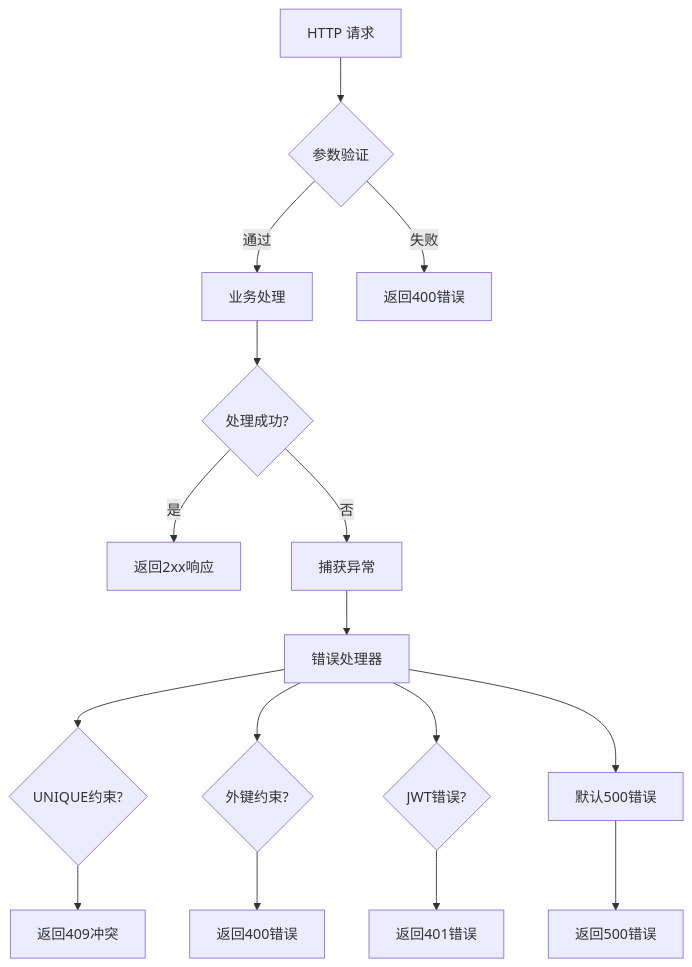
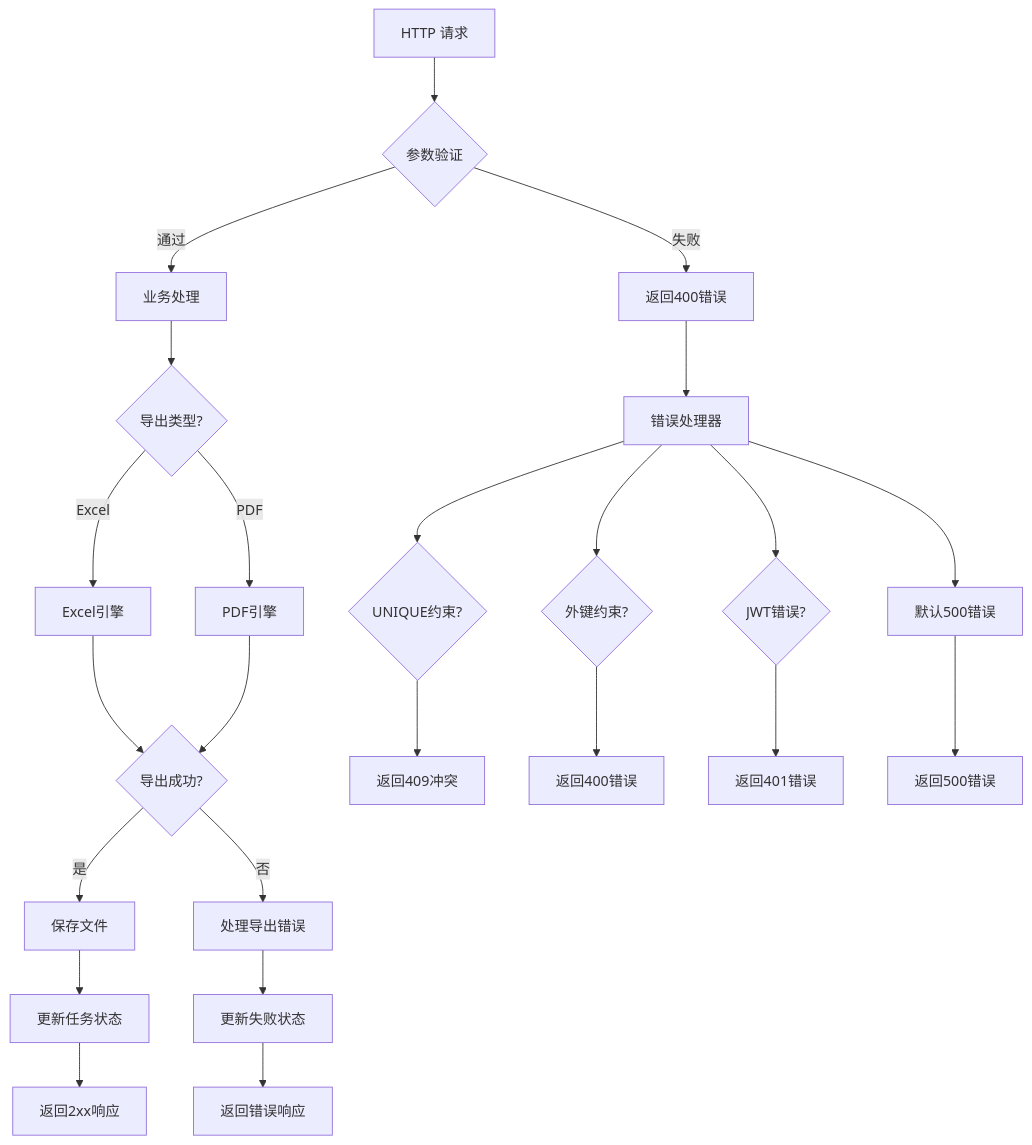
One commit to xpretycn/TingStudio changed diagram 15 of 15 in .qoder/repowiki/zh/content/核心功能模块/导出管理系统.md. Above: the diagram before and after it, drawn with Mermaid. The commit also changed other lines of this file and 56 other files, not shown here.

````diff
--- a/.qoder/repowiki/zh/content/核心功能模块/导出管理系统.md
+++ b/.qoder/repowiki/zh/content/核心功能模块/导出管理系统.md
@@ -573,18 +848,26 @@
 ```mermaid
 flowchart TD
 Request[HTTP 请求] --> Validate{参数验证}
 Validate --> |通过| Process[业务处理]
 Validate --> |失败| ValidationError[返回400错误]
-Process --> Success{处理成功?}
-Success --> |是| SuccessResponse[返回2xx响应]
-Success --> |否| Error[捕获异常]
-Error --> ErrorHandler[错误处理器]
+Process --> ExportType{导出类型?}
+ExportType --> |Excel| ExcelEngine[Excel引擎]
+ExportType --> |PDF| PdfEngine[PDF引擎]
+ExcelEngine --> ExportSuccess{导出成功?}
+PdfEngine --> ExportSuccess
+ExportSuccess --> |是| SaveFile[保存文件]
+ExportSuccess --> |否| HandleError[处理导出错误]
+SaveFile --> UpdateJob[更新任务状态]
+HandleError --> UpdateFailed[更新失败状态]
+UpdateJob --> SuccessResponse[返回2xx响应]
+UpdateFailed --> ErrorResponse[返回错误响应]
+ValidationError --> ErrorHandler[错误处理器]
 ErrorHandler --> UniqueError{UNIQUE约束?}
 ErrorHandler --> ForeignKeyError{外键约束?}
 ErrorHandler --> JWTError{JWT错误?}
 ErrorHandler --> DefaultError[默认500错误]
 UniqueError --> ReturnUnique[返回409冲突]
 ForeignKeyError --> ReturnFK[返回400错误]
 JWTError --> ReturnJWT[返回401错误]
 DefaultError --> ReturnDefault[返回500错误]
 ```
````
